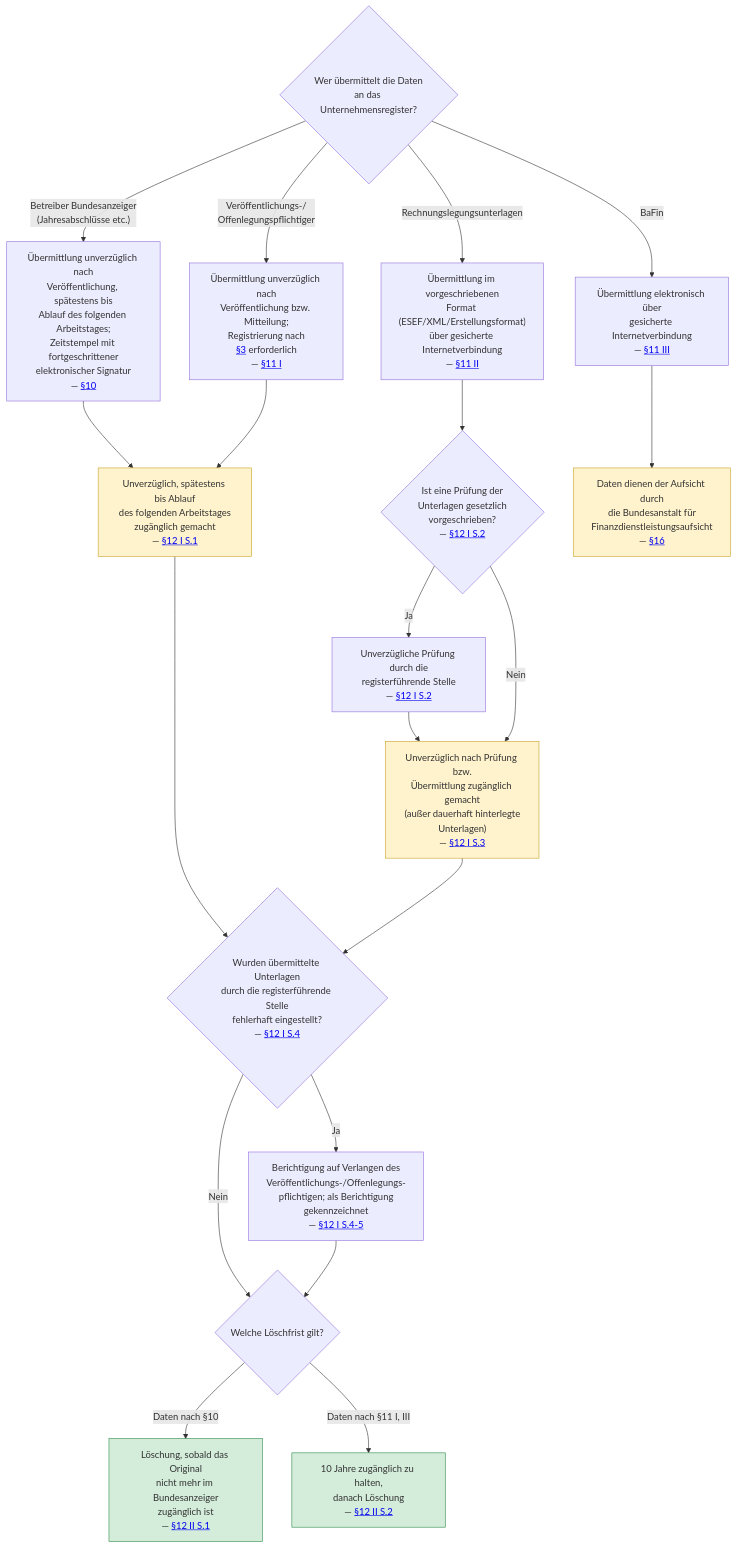
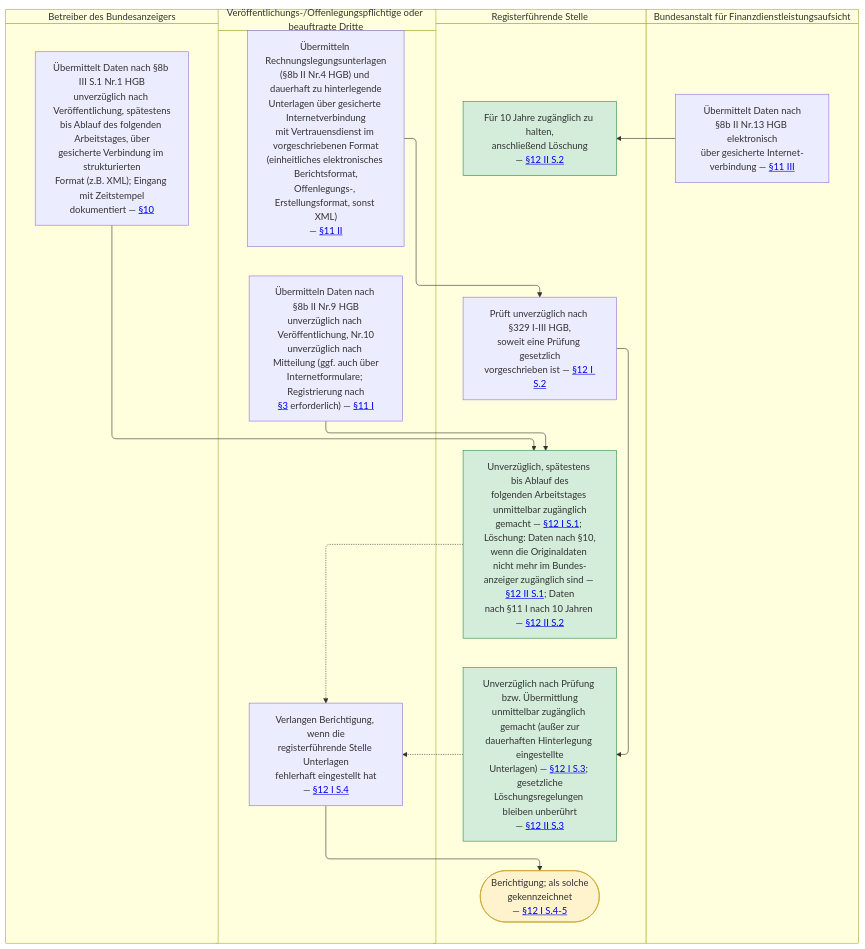
Before and after one commit to digitalservicebund/zfl-website: the diagram in src/content/ki-visualisierungen/URV/datenuebermittlung_pruefung.mmd, drawn with Mermaid. The commit also changed 26 other files, not shown here.

```diff
--- a/src/content/ki-visualisierungen/URV/datenuebermittlung_pruefung.mmd
+++ b/src/content/ki-visualisierungen/URV/datenuebermittlung_pruefung.mmd
@@ -1,43 +1,40 @@
 ---
-summary: "Zeigt, wie unterschiedliche Datenlieferanten (Bundesanzeiger, Veröffentlichungspflichtige, BaFin) Unterlagen nach §§ 10-12 URV an das Unternehmensregister übermitteln und wie diese geprüft, zugänglich gemacht, berichtigt oder gelöscht werden."
+summary: "Zeigt, wie der Betreiber des Bundesanzeigers, die Veröffentlichungs- und Offenlegungspflichtigen und die BaFin Daten nach §§ 10-11 URV an das Unternehmensregister übermitteln und wie die registerführende Stelle sie nach § 12 URV prüft, zugänglich macht, berichtigt und löscht."
 ---
-flowchart TD
-    Q1{"Wer übermittelt die Daten<br/>an das Unternehmensregister?"}
+swimlane-beta TD
+    subgraph BAZ["Betreiber des Bundesanzeigers"]
+        baz["Übermittelt Daten nach §8b III S.1 Nr.1 HGB<br/>unverzüglich nach Veröffentlichung, spätestens<br/>bis Ablauf des folgenden Arbeitstages, über<br/>gesicherte Verbindung im strukturierten<br/>Format (z.B. XML); Eingang mit Zeitstempel<br/>dokumentiert — <a href='{{ELI}}#art-z10_abs-z' target='_blank' rel='noopener'>§10</a>"]
+    end
 
-    Q1 -->|"Betreiber Bundesanzeiger<br/>(Jahresabschlüsse etc.)"| BAZ["Übermittlung unverzüglich nach<br/>Veröffentlichung, spätestens bis<br/>Ablauf des folgenden Arbeitstages;<br/>Zeitstempel mit fortgeschrittener<br/>elektronischer Signatur<br/>— <a href='{{ELI}}#art-z10_abs-z' target='_blank' rel='noopener'>§10</a>"]
+    subgraph VOP["Veröffentlichungs-/Offenlegungspflichtige oder beauftragte Dritte"]
+        vop1["Übermitteln Daten nach §8b II Nr.9 HGB<br/>unverzüglich nach Veröffentlichung, Nr.10<br/>unverzüglich nach Mitteilung (ggf. auch über<br/>Internetformulare; Registrierung nach<br/><a href='{{ELI}}/art-z3' target='_blank' rel='noopener'>§3</a> erforderlich) — <a href='{{ELI}}#art-z11_abs-z1' target='_blank' rel='noopener'>§11 I</a>"]
+        vop2["Übermitteln Rechnungslegungsunterlagen<br/>(§8b II Nr.4 HGB) und dauerhaft zu hinterlegende<br/>Unterlagen über gesicherte Internetverbindung<br/>mit Vertrauensdienst im vorgeschriebenen Format<br/>(einheitliches elektronisches Berichtsformat,<br/>Offenlegungs-, Erstellungsformat, sonst XML)<br/>— <a href='{{ELI}}#art-z11_abs-z2' target='_blank' rel='noopener'>§11 II</a>"]
+        verlangen["Verlangen Berichtigung, wenn die<br/>registerführende Stelle Unterlagen<br/>fehlerhaft eingestellt hat<br/>— <a href='{{ELI}}#art-z12_abs-z1' target='_blank' rel='noopener'>§12 I S.4</a>"]
+    end
 
-    Q1 -->|"Veröffentlichungs-/<br/>Offenlegungspflichtiger"| VOP["Übermittlung unverzüglich nach<br/>Veröffentlichung bzw. Mitteilung;<br/>Registrierung nach<br/><a href='{{ELI}}/art-z3' target='_blank' rel='noopener'>§3</a> erforderlich<br/>— <a href='{{ELI}}#art-z11_abs-z1' target='_blank' rel='noopener'>§11 I</a>"]
+    subgraph RS["Registerführende Stelle"]
+        bafinEnd["Für 10 Jahre zugänglich zu halten,<br/>anschließend Löschung<br/>— <a href='{{ELI}}#art-z12_abs-z2' target='_blank' rel='noopener'>§12 II S.2</a>"]
+        zug1["Unverzüglich, spätestens bis Ablauf des<br/>folgenden Arbeitstages unmittelbar zugänglich<br/>gemacht — <a href='{{ELI}}#art-z12_abs-z1' target='_blank' rel='noopener'>§12 I S.1</a>; Löschung: Daten nach §10,<br/>wenn die Originaldaten nicht mehr im Bundes-<br/>anzeiger zugänglich sind — <a href='{{ELI}}#art-z12_abs-z2' target='_blank' rel='noopener'>§12 II S.1</a>; Daten<br/>nach §11 I nach 10 Jahren — <a href='{{ELI}}#art-z12_abs-z2' target='_blank' rel='noopener'>§12 II S.2</a>"]
+        pruefen["Prüft unverzüglich nach §329 I-III HGB,<br/>soweit eine Prüfung gesetzlich<br/>vorgeschrieben ist — <a href='{{ELI}}#art-z12_abs-z1' target='_blank' rel='noopener'>§12 I S.2</a>"]
+        zug2["Unverzüglich nach Prüfung bzw. Übermittlung<br/>unmittelbar zugänglich gemacht (außer zur<br/>dauerhaften Hinterlegung eingestellte<br/>Unterlagen) — <a href='{{ELI}}#art-z12_abs-z1' target='_blank' rel='noopener'>§12 I S.3</a>; gesetzliche<br/>Löschungsregelungen bleiben unberührt<br/>— <a href='{{ELI}}#art-z12_abs-z2' target='_blank' rel='noopener'>§12 II S.3</a>"]
+        berichtigt(["Berichtigung; als solche<br/>gekennzeichnet<br/>— <a href='{{ELI}}#art-z12_abs-z1' target='_blank' rel='noopener'>§12 I S.4-5</a>"])
+    end
 
-    Q1 -->|Rechnungslegungsunterlagen| RL["Übermittlung im vorgeschriebenen<br/>Format (ESEF/XML/Erstellungsformat)<br/>über gesicherte Internetverbindung<br/>— <a href='{{ELI}}#art-z11_abs-z2' target='_blank' rel='noopener'>§11 II</a>"]
+    subgraph BaFin["Bundesanstalt für Finanzdienstleistungsaufsicht"]
+        bafin["Übermittelt Daten nach<br/>§8b II Nr.13 HGB elektronisch<br/>über gesicherte Internet-<br/>verbindung — <a href='{{ELI}}#art-z11_abs-z3' target='_blank' rel='noopener'>§11 III</a>"]
+    end
 
-    Q1 -->|BaFin| BAFIN["Übermittlung elektronisch über<br/>gesicherte Internetverbindung<br/>— <a href='{{ELI}}#art-z11_abs-z3' target='_blank' rel='noopener'>§11 III</a>"]
+    baz --> zug1
+    vop1 --> zug1
+    vop2 --> pruefen
+    pruefen --> zug2
+    bafin --> bafinEnd
+    zug1 -.-> verlangen
+    zug2 -.-> verlangen
+    verlangen --> berichtigt
+    vop2 ~~~ vop1
 
-    BAZ --> ZUG1["Unverzüglich, spätestens bis Ablauf<br/>des folgenden Arbeitstages<br/>zugänglich gemacht<br/>— <a href='{{ELI}}#art-z12_abs-z1' target='_blank' rel='noopener'>§12 I S.1</a>"]
-
-    VOP --> ZUG1
-
-    RL --> Q2{"Ist eine Prüfung der<br/>Unterlagen gesetzlich<br/>vorgeschrieben?<br/>— <a href='{{ELI}}#art-z12_abs-z1' target='_blank' rel='noopener'>§12 I S.2</a>"}
-
-    Q2 -->|Ja| PRUEF["Unverzügliche Prüfung durch die<br/>registerführende Stelle<br/>— <a href='{{ELI}}#art-z12_abs-z1' target='_blank' rel='noopener'>§12 I S.2</a>"]
-    PRUEF --> ZUG2
-
-    Q2 -->|Nein| ZUG2["Unverzüglich nach Prüfung bzw.<br/>Übermittlung zugänglich gemacht<br/>(außer dauerhaft hinterlegte<br/>Unterlagen)<br/>— <a href='{{ELI}}#art-z12_abs-z1' target='_blank' rel='noopener'>§12 I S.3</a>"]
-
-    BAFIN --> BAFINENDE["Daten dienen der Aufsicht durch<br/>die Bundesanstalt für<br/>Finanzdienstleistungsaufsicht<br/>— <a href='{{ELI}}/art-z16' target='_blank' rel='noopener'>§16</a>"]
-
-    ZUG1 --> Q3{"Wurden übermittelte Unterlagen<br/>durch die registerführende Stelle<br/>fehlerhaft eingestellt?<br/>— <a href='{{ELI}}#art-z12_abs-z1' target='_blank' rel='noopener'>§12 I S.4</a>"}
-    ZUG2 --> Q3
-
-    Q3 -->|Ja| BERICHT["Berichtigung auf Verlangen des<br/>Veröffentlichungs-/Offenlegungs-<br/>pflichtigen; als Berichtigung<br/>gekennzeichnet<br/>— <a href='{{ELI}}#art-z12_abs-z1' target='_blank' rel='noopener'>§12 I S.4-5</a>"]
-    Q3 -->|Nein| LOESCH{"Welche Löschfrist gilt?"}
-    BERICHT --> LOESCH
-
-    LOESCH -->|"Daten nach §10"| LOESCH1["Löschung, sobald das Original<br/>nicht mehr im Bundesanzeiger<br/>zugänglich ist<br/>— <a href='{{ELI}}#art-z12_abs-z2' target='_blank' rel='noopener'>§12 II S.1</a>"]
-
-    LOESCH -->|"Daten nach §11 I, III"| LOESCH2["10 Jahre zugänglich zu halten,<br/>danach Löschung<br/>— <a href='{{ELI}}#art-z12_abs-z2' target='_blank' rel='noopener'>§12 II S.2</a>"]
-
-    style ZUG1 fill:#fff3cd,stroke:#c9a227
-    style ZUG2 fill:#fff3cd,stroke:#c9a227
-    style BAFINENDE fill:#fff3cd,stroke:#c9a227
-    style LOESCH1 fill:#d4edda,stroke:#2d8a4a
-    style LOESCH2 fill:#d4edda,stroke:#2d8a4a
+    style bafinEnd fill:#d4edda,stroke:#2d8a4a
+    style zug1 fill:#d4edda,stroke:#2d8a4a
+    style zug2 fill:#d4edda,stroke:#2d8a4a
+    style berichtigt fill:#fff3cd,stroke:#c9a227
```
